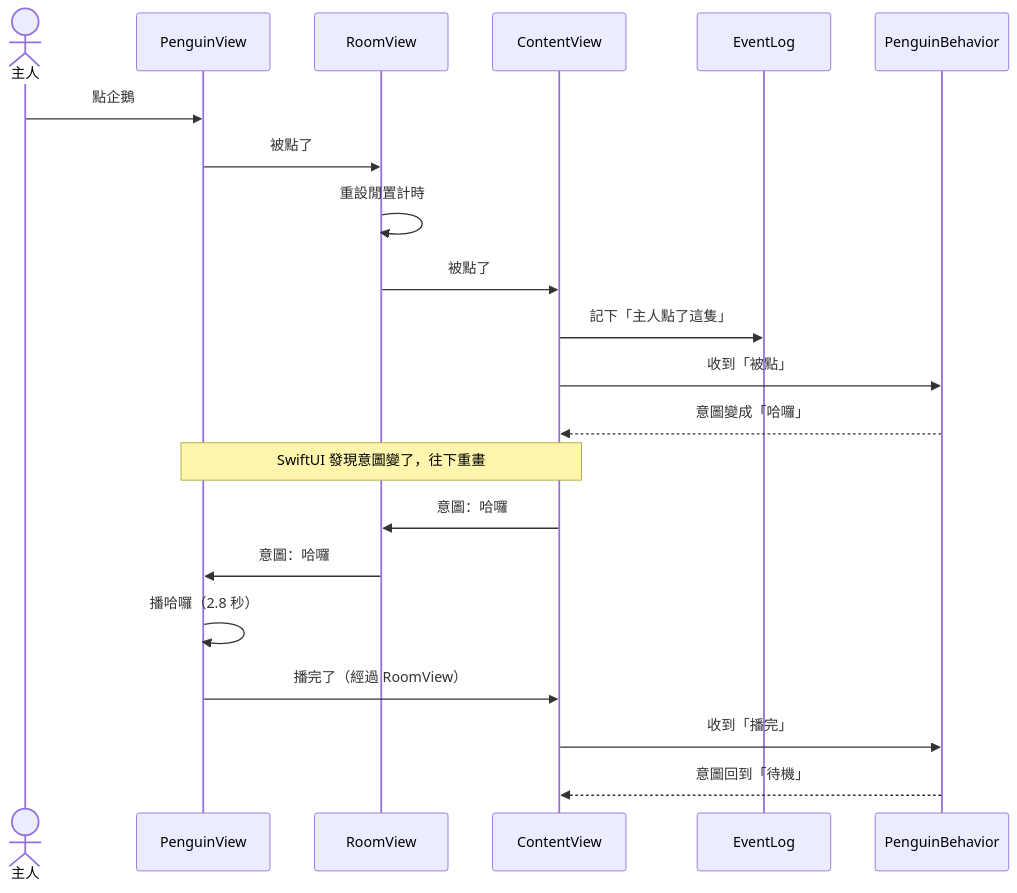
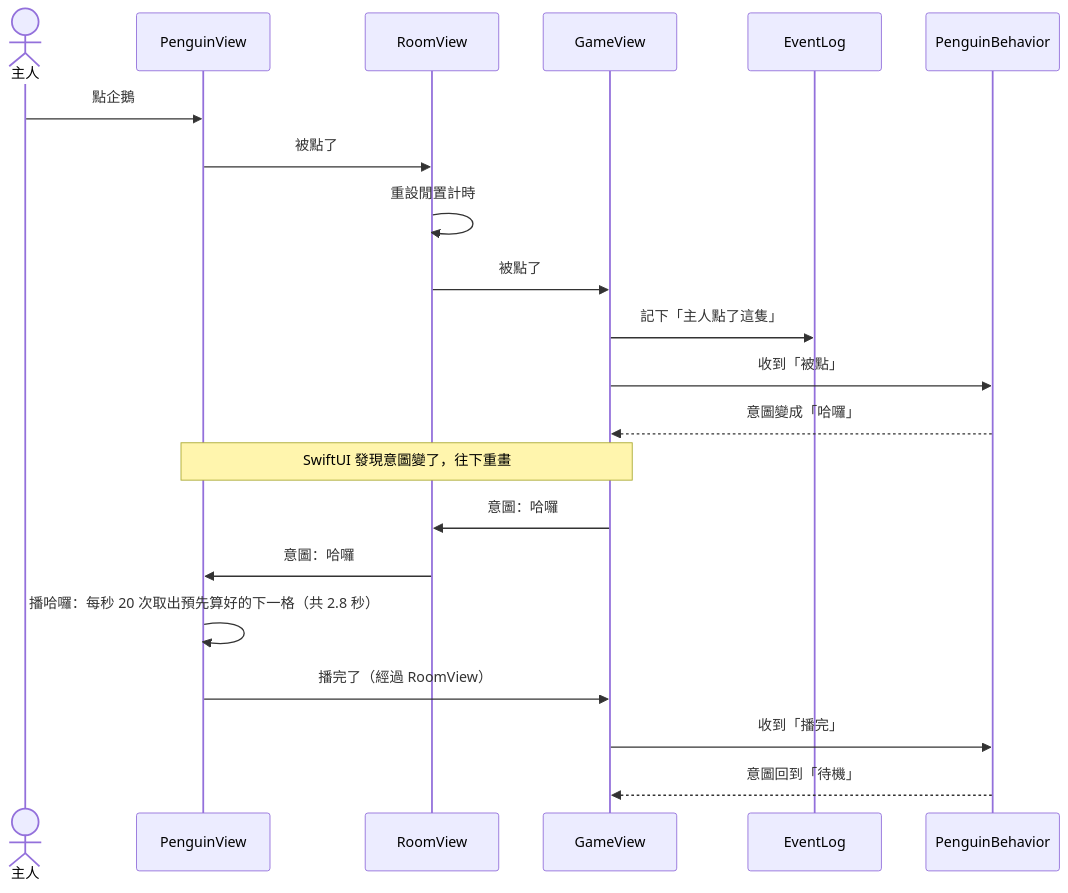
Before and after one commit to CBHeng/penguin-family: the third of 4 diagrams in docs/code-map.md, drawn with Mermaid. The commit also changed other lines of this file and 12 other files, not shown here.

````diff
--- a/docs/code-map.md
+++ b/docs/code-map.md
@@ -153,24 +171,24 @@
 ```mermaid
 sequenceDiagram
     actor Owner as 主人
     participant PV as PenguinView
     participant RV as RoomView
-    participant CV as ContentView
+    participant GV as GameView
     participant Log as EventLog
     participant B as PenguinBehavior
 
     Owner->>PV: 點企鵝
     PV->>RV: 被點了
     RV->>RV: 重設閒置計時
-    RV->>CV: 被點了
-    CV->>Log: 記下「主人點了這隻」
-    CV->>B: 收到「被點」
-    B-->>CV: 意圖變成「哈囉」
-    Note over CV,PV: SwiftUI 發現意圖變了，往下重畫
-    CV->>RV: 意圖：哈囉
+    RV->>GV: 被點了
+    GV->>Log: 記下「主人點了這隻」
+    GV->>B: 收到「被點」
+    B-->>GV: 意圖變成「哈囉」
+    Note over GV,PV: SwiftUI 發現意圖變了，往下重畫
+    GV->>RV: 意圖：哈囉
     RV->>PV: 意圖：哈囉
-    PV->>PV: 播哈囉（2.8 秒）
-    PV->>CV: 播完了（經過 RoomView）
-    CV->>B: 收到「播完」
-    B-->>CV: 意圖回到「待機」
+    PV->>PV: 播哈囉：每秒 20 次取出預先算好的下一格（共 2.8 秒）
+    PV->>GV: 播完了（經過 RoomView）
+    GV->>B: 收到「播完」
+    B-->>GV: 意圖回到「待機」
 ```
````
